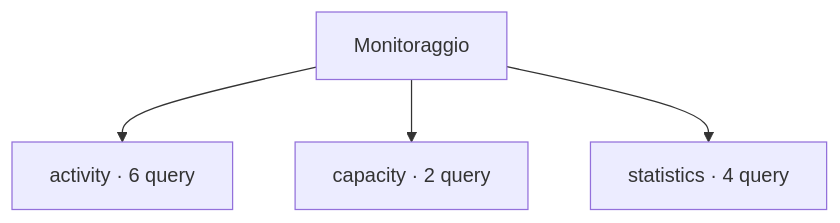
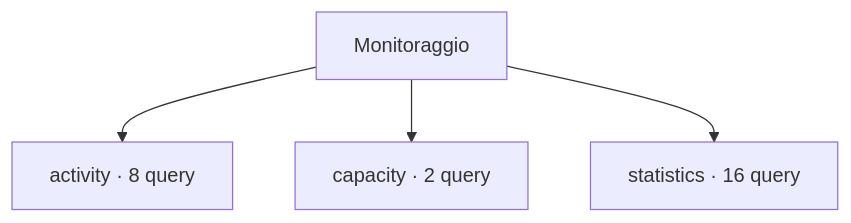
Before and after one commit to Mohamed-DN/PG-DN_scripts: the diagram in scripts/monitoring/README.md, drawn with Mermaid. The commit also changed other lines of this file and 533 other files, not shown here.

````diff
--- a/scripts/monitoring/README.md
+++ b/scripts/monitoring/README.md
@@ -11,7 +47,7 @@
 ```mermaid
 flowchart TD
     root["Monitoraggio"]
-    root --> c0["activity · 6 query"]
+    root --> c0["activity · 8 query"]
     root --> c1["capacity · 2 query"]
-    root --> c2["statistics · 4 query"]
+    root --> c2["statistics · 16 query"]
 ```
````
